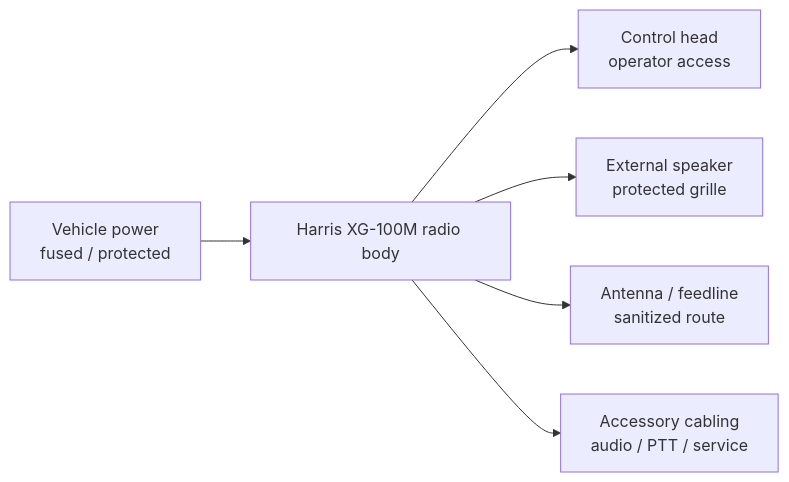
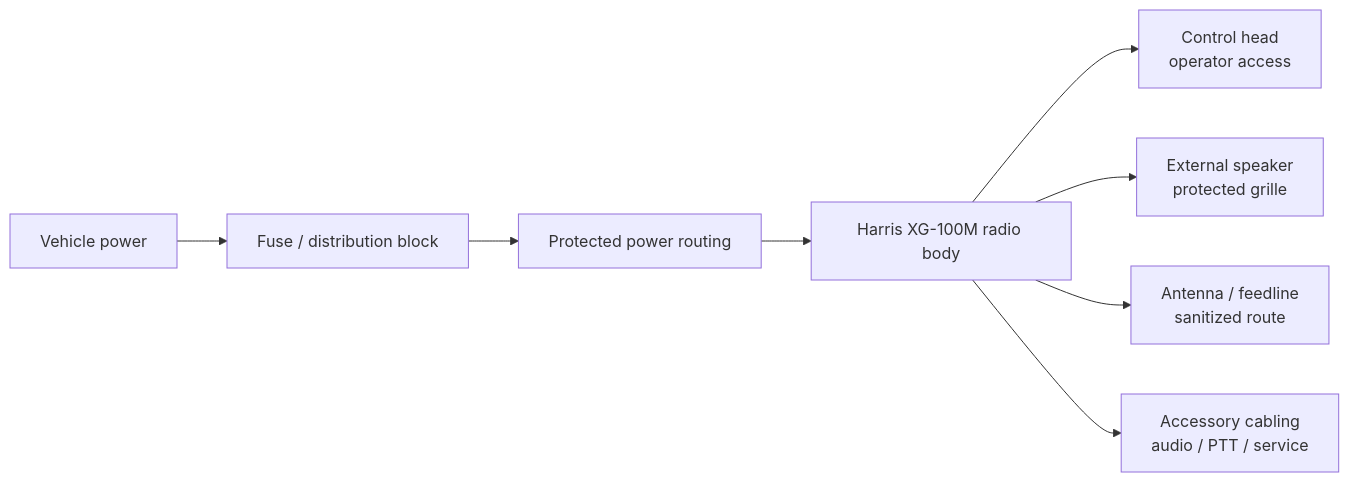
One commit to jjudge213/harris-xg100m-vehicle-integration changed the diagram in README.md. Above: the diagram before and after it, drawn with Mermaid.

Commit message:
Update Harris power routing diagram

````diff
--- a/README.md
+++ b/README.md
@@ -31,8 +31,10 @@
 ```mermaid
 flowchart LR
-    battery[Vehicle power<br/>fused / protected] --> radioBody[Harris XG-100M radio body]
+    battery[Vehicle power] --> fuseBlock[Fuse / distribution block]
+    fuseBlock --> route[Protected power routing]
+    route --> radioBody[Harris XG-100M radio body]
     radioBody --> controlHead[Control head<br/>operator access]
     radioBody --> speaker[External speaker<br/>protected grille]
     radioBody --> antenna[Antenna / feedline<br/>sanitized route]
     radioBody --> accessory[Accessory cabling<br/>audio / PTT / service]
 ```
````
